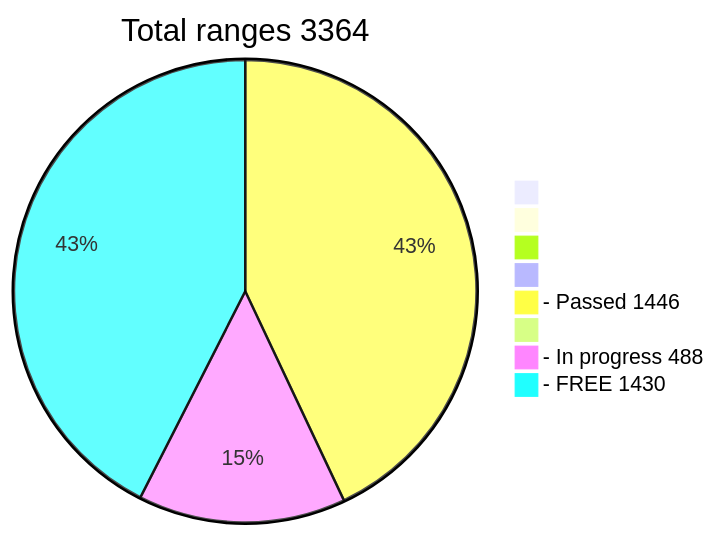
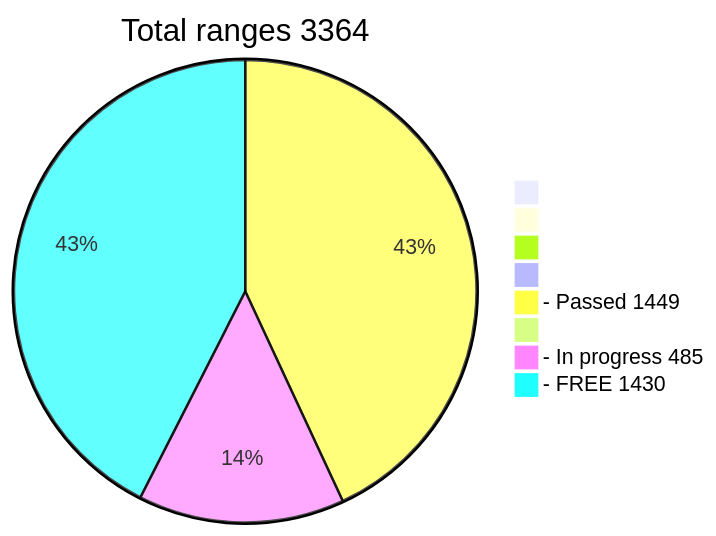
One commit to phrutis/wif500 changed the diagram in README.md. Above: the diagram before and after it, drawn with Mermaid.

````diff
--- a/README.md
+++ b/README.md
@@ -16,12 +16,12 @@
 ```mermaid
 pie title Total ranges 3364
              " " : 0
             "  " : 0
            "   " : 0
           "    " : 0
-  "- Passed 1446" : 1446
+  "- Passed 1449" : 1449
          "     " : 0
-  "- In progress 488" : 488
+  "- In progress 485" : 485
    "- FREE 1430" : 1430
    
 ```
````
